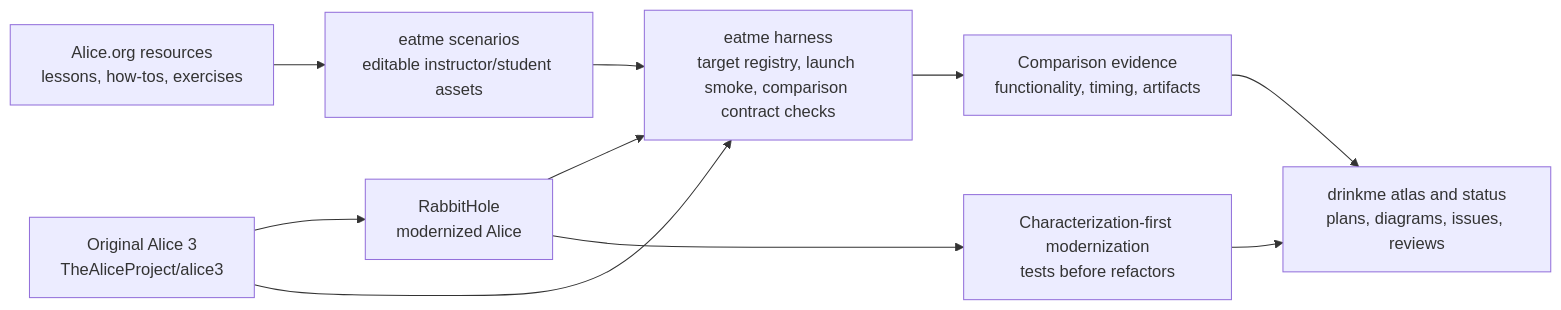
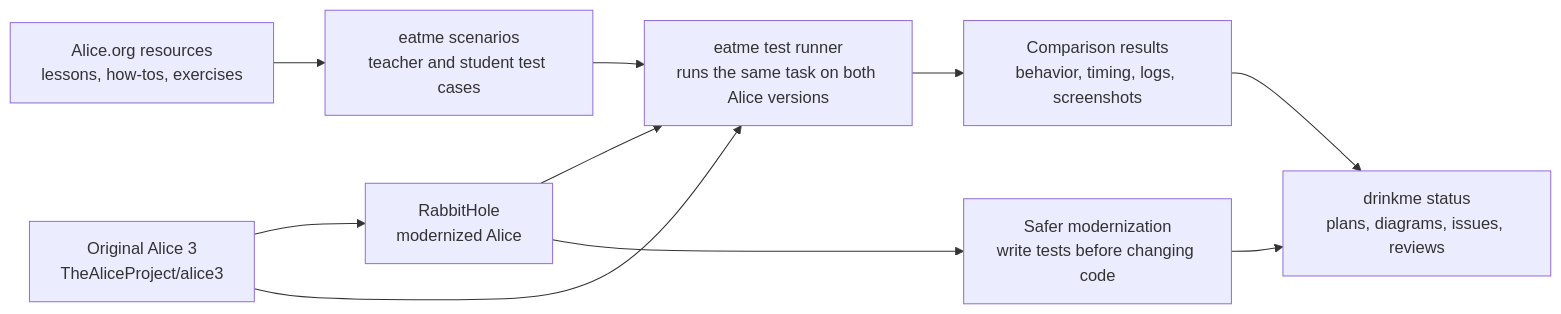
One commit to rysweet/drinkme changed the first of 6 diagrams in README.md. Above: the diagram before and after it, drawn with Mermaid. The commit also changed other lines of this file, not shown here.

First line of the commit message:
Make README status language plainer

````diff
--- a/README.md
+++ b/README.md
@@ -14,12 +26,12 @@
 ```mermaid
 flowchart LR
   A["Original Alice 3<br/>TheAliceProject/alice3"] --> B["RabbitHole<br/>modernized Alice"]
-  C["Alice.org resources<br/>lessons, how-tos, exercises"] --> D["eatme scenarios<br/>editable instructor/student assets"]
-  D --> E["eatme harness<br/>target registry, launch smoke, comparison contract checks"]
+  C["Alice.org resources<br/>lessons, how-tos, exercises"] --> D["eatme scenarios<br/>teacher and student test cases"]
+  D --> E["eatme test runner<br/>runs the same task on both Alice versions"]
   A --> E
   B --> E
-  E --> F["Comparison evidence<br/>functionality, timing, artifacts"]
-  B --> G["Characterization-first modernization<br/>tests before refactors"]
-  G --> H["drinkme atlas and status<br/>plans, diagrams, issues, reviews"]
+  E --> F["Comparison results<br/>behavior, timing, logs, screenshots"]
+  B --> G["Safer modernization<br/>write tests before changing code"]
+  G --> H["drinkme status<br/>plans, diagrams, issues, reviews"]
   F --> H
 ```
````
